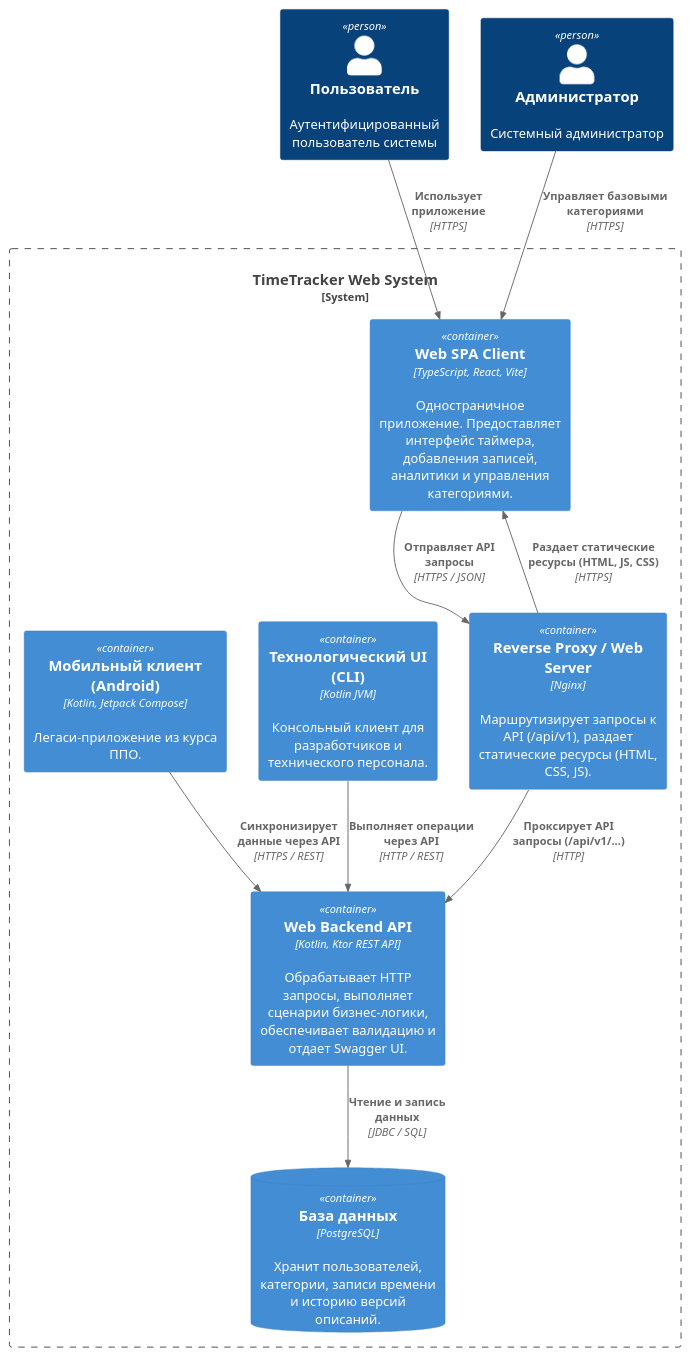
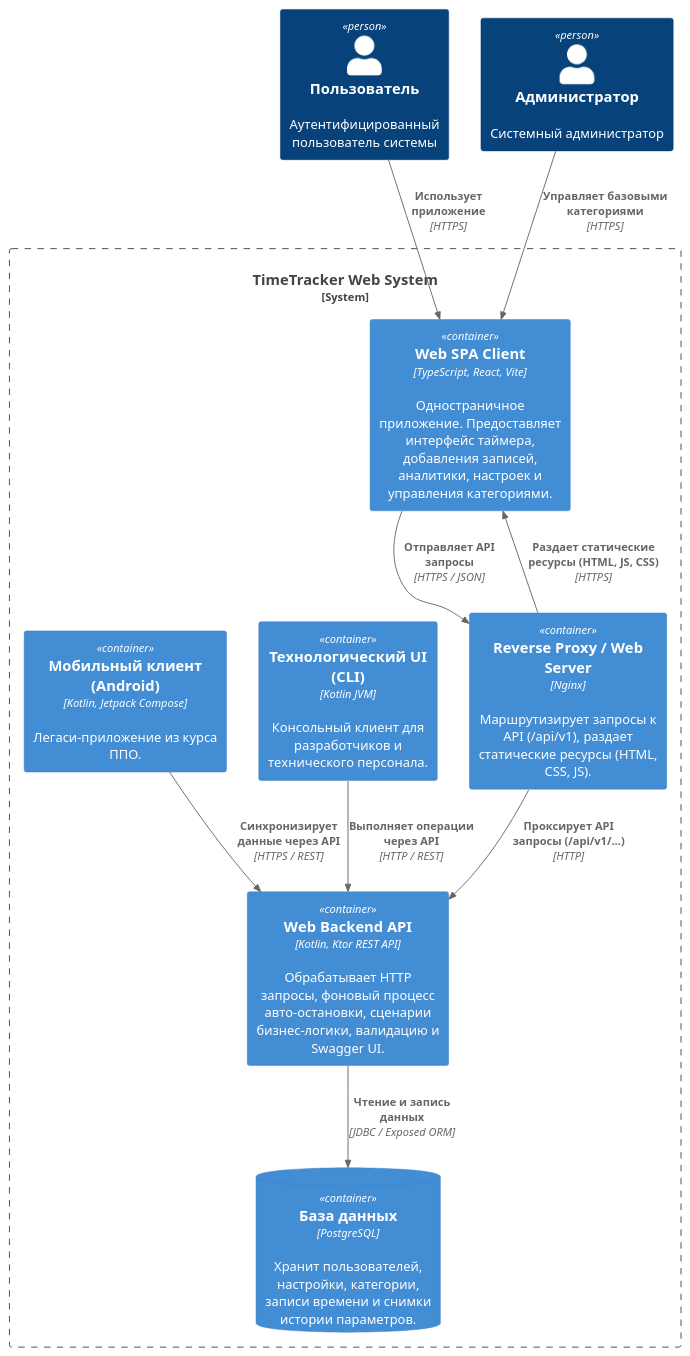
One commit to da-fuu/IU7_7sem_Web changed the diagram in docs/L2_web.puml. Above: the diagram before and after it, drawn with PlantUML. The commit also changed 26 other files, not shown here.

Commit message:
docs(diagrams): update puml, bpmn and svg diagrams to reflect new business logic and architecture

```diff
--- a/docs/L2_web.puml
+++ b/docs/L2_web.puml
@@ -1,28 +1,28 @@
 @startuml
 !include <c4/C4_Container.puml>
 
 Person(user, "Пользователь", "Аутентифицированный пользователь системы")
 Person(admin, "Администратор", "Системный администратор")
 
 System_Boundary(time_tracker_system, "TimeTracker Web System") {
-    Container(spa, "Web SPA Client", "TypeScript, React, Vite", "Одностраничное приложение. Предоставляет интерфейс таймера, добавления записей, аналитики и управления категориями.")
+    Container(spa, "Web SPA Client", "TypeScript, React, Vite", "Одностраничное приложение. Предоставляет интерфейс таймера, добавления записей, аналитики, настроек и управления категориями.")
     Container(reverse_proxy, "Reverse Proxy / Web Server", "Nginx", "Маршрутизирует запросы к API (/api/v1), раздает статические ресурсы (HTML, CSS, JS).")
-    Container(web_backend, "Web Backend API", "Kotlin, Ktor REST API", "Обрабатывает HTTP запросы, выполняет сценарии бизнес-логики, обеспечивает валидацию и отдает Swagger UI.")
-    ContainerDb(db, "База данных", "PostgreSQL", "Хранит пользователей, категории, записи времени и историю версий описаний.")
+    Container(web_backend, "Web Backend API", "Kotlin, Ktor REST API", "Обрабатывает HTTP запросы, фоновый процесс авто-остановки, сценарии бизнес-логики, валидацию и Swagger UI.")
+    ContainerDb(db, "База данных", "PostgreSQL", "Хранит пользователей, настройки, категории, записи времени и снимки истории параметров.")
     Container(tech_ui, "Технологический UI (CLI)", "Kotlin JVM", "Консольный клиент для разработчиков и технического персонала.")
     Container(legacy_app, "Мобильный клиент (Android)", "Kotlin, Jetpack Compose", "Легаси-приложение из курса ППО.")
 }
 
 Rel(user, spa, "Использует приложение", "HTTPS")
 Rel(admin, spa, "Управляет базовыми категориями", "HTTPS")
 
 Rel(spa, reverse_proxy, "Отправляет API запросы", "HTTPS / JSON")
 Rel(reverse_proxy, spa, "Раздает статические ресурсы (HTML, JS, CSS)", "HTTPS")
 Rel(reverse_proxy, web_backend, "Проксирует API запросы (/api/v1/...)", "HTTP")
 
-Rel(web_backend, db, "Чтение и запись данных", "JDBC / SQL")
+Rel(web_backend, db, "Чтение и запись данных", "JDBC / Exposed ORM")
 
 Rel(tech_ui, web_backend, "Выполняет операции через API", "HTTP / REST")
 Rel(legacy_app, web_backend, "Синхронизирует данные через API", "HTTPS / REST")
 
 @enduml
```
